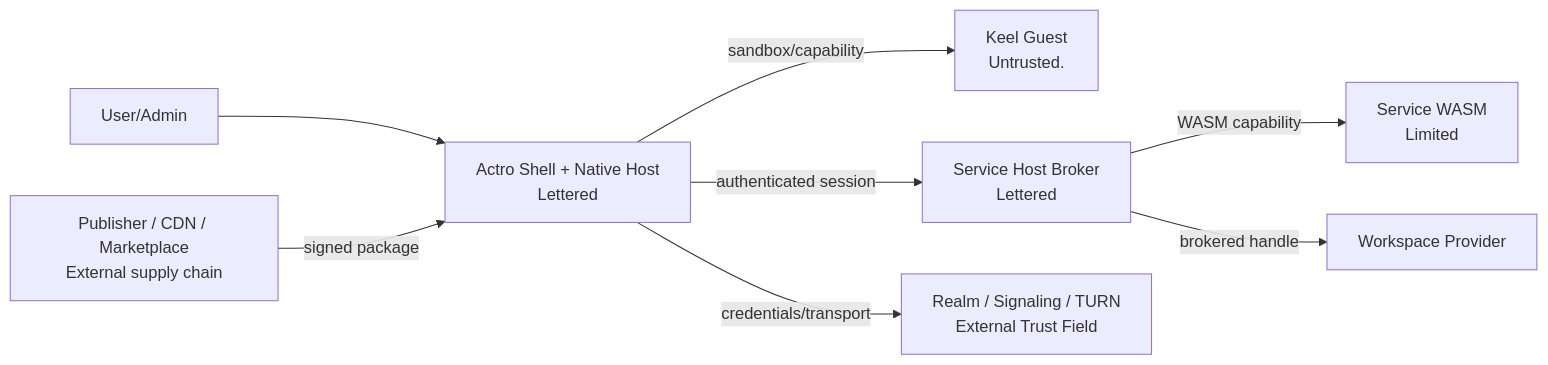
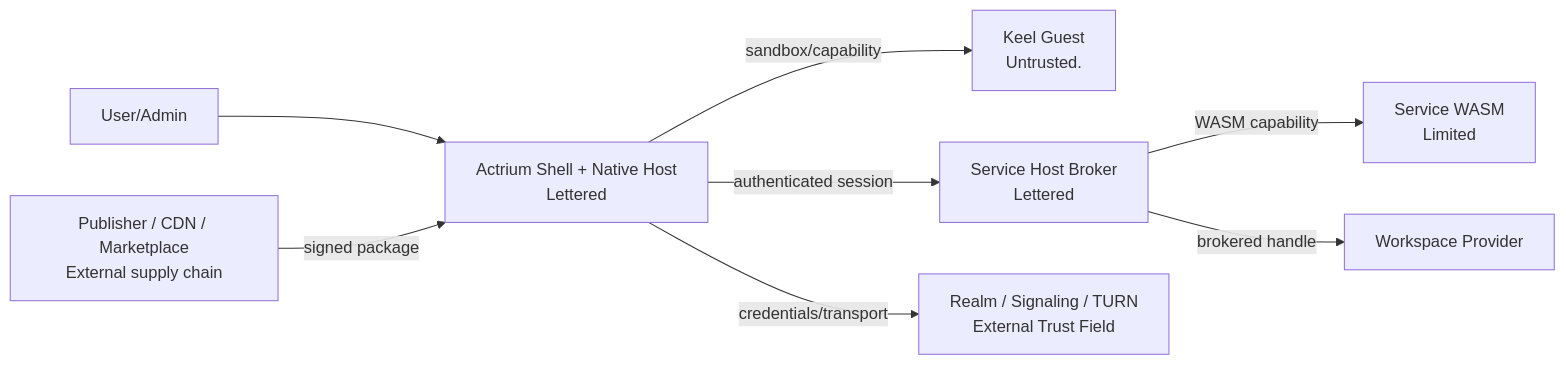
The diagram in docs/product/actrium-v1/09-security-and-privacy.md (Actrium/actrium), drawn with Mermaid before and after one commit. The commit also changed other lines of this file and 999 other files, not shown here.

````diff
--- a/docs/product/actrium-v1/09-security-and-privacy.md
+++ b/docs/product/actrium-v1/09-security-and-privacy.md
@@ -24,19 +24,19 @@
 ```mermaid
 flowchart LR
     U["User/Admin"]
-    SH["Actro Shell + Native Host<br/>Lettered"]
+    SH["Actrium Shell + Native Host<br/>Lettered"]
     G["Keel Guest<br/>Untrusted."]
     SVH["Service Host Broker<br/>Lettered"]
     SW["Service WASM<br/>Limited"]
     WS["Workspace Provider"]
     R["Realm / Signaling / TURN<br/>External Trust Field"]
     PUB["Publisher / CDN / Marketplace<br/>External supply chain"]
 
     U --> SH
     PUB -->|signed package| SH
     SH -->|sandbox/capability| G
     SH -->|authenticated session| SVH
     SVH -->|WASM capability| SW
     SVH -->|brokered handle| WS
     SH -->|credentials/transport| R
 ```
````
